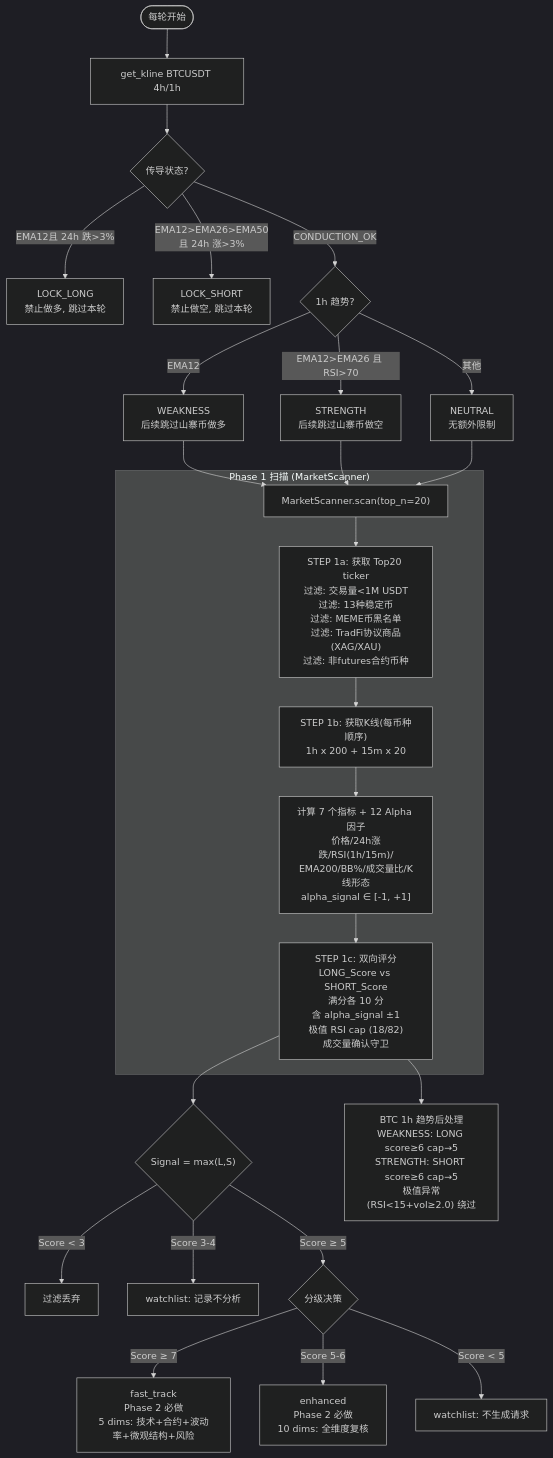
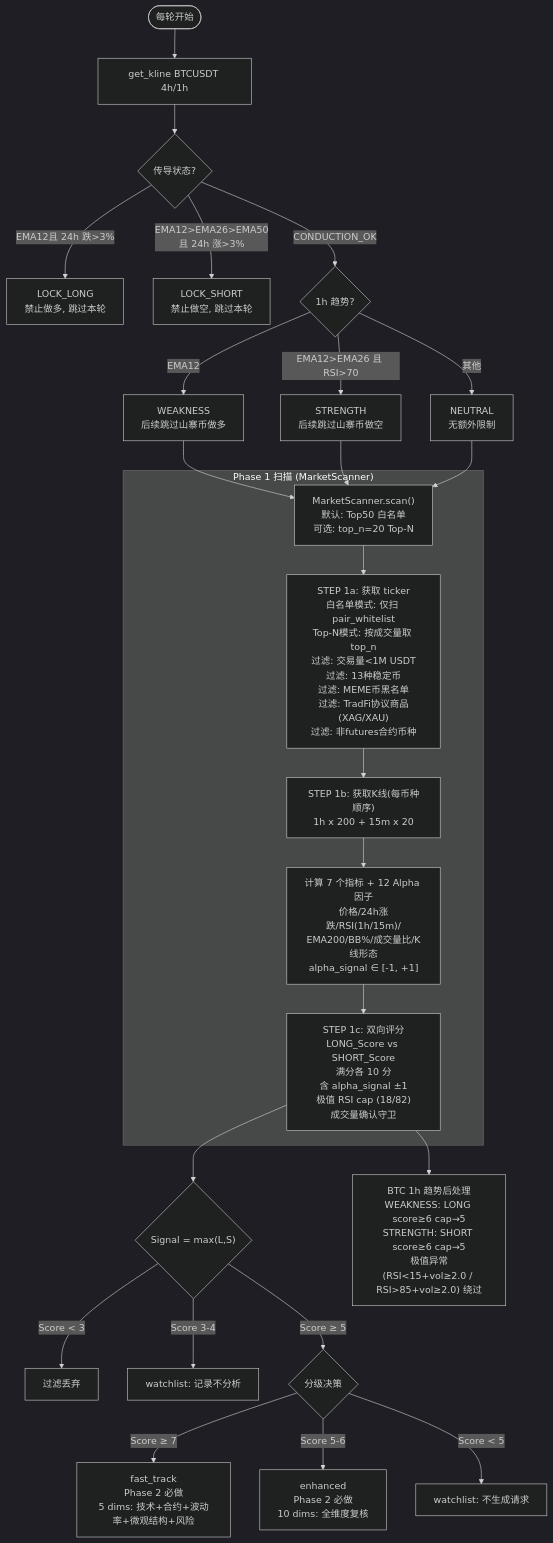
The second of 5 diagrams in docs/auto-trading-plan.md (zihpzhong/Vibe-Trading), drawn with Mermaid (dark theme) before and after one commit. The commit also changed other lines of this file, not shown here.

First line of the commit message:
docs[ext]: align auto-trading-plan with Top50 whitelist and SQLite

````diff
--- a/docs/auto-trading-plan.md
+++ b/docs/auto-trading-plan.md
@@ -77,35 +83,35 @@
 ```mermaid
 flowchart TD
     START(["每轮开始"]) --> BTC[get_kline BTCUSDT 4h/1h]
     BTC --> COND{传导状态?}
 
     COND -->|EMA12<EMA26<EMA50<br>且 24h 跌>3%| LOCK_LONG[LOCK_LONG<br>禁止做多, 跳过本轮]
     COND -->|EMA12>EMA26>EMA50<br>且 24h 涨>3%| LOCK_SHORT[LOCK_SHORT<br>禁止做空, 跳过本轮]
     COND -->|CONDUCTION_OK| TREND{1h 趋势?}
 
     TREND -->|EMA12<EMA26| WEAK[WEAKNESS<br>后续跳过山寨币做多]
     TREND -->|EMA12>EMA26 且 RSI>70| STRONG[STRENGTH<br>后续跳过山寨币做空]
     TREND -->|其他| NEUTRAL[NEUTRAL<br>无额外限制]
 
     WEAK --> SCAN
     STRONG --> SCAN
     NEUTRAL --> SCAN
 
     subgraph PHASE1["Phase 1 扫描 (MarketScanner)"]
-        SCAN["MarketScanner.scan(top_n=20)"] --> TICKER["STEP 1a: 获取 Top20 ticker<br>过滤: 交易量<1M USDT<br>过滤: 13种稳定币<br>过滤: MEME币黑名单<br>过滤: TradFi协议商品(XAG/XAU)<br>过滤: 非futures合约币种"]
+        SCAN["MarketScanner.scan()<br>默认: Top50 白名单<br>可选: top_n=20 Top-N"] --> TICKER["STEP 1a: 获取 ticker<br>白名单模式: 仅扫 pair_whitelist<br>Top-N模式: 按成交量取 top_n<br>过滤: 交易量<1M USDT<br>过滤: 13种稳定币<br>过滤: MEME币黑名单<br>过滤: TradFi协议商品(XAG/XAU)<br>过滤: 非futures合约币种"]
         TICKER --> KLINE["STEP 1b: 获取K线(每币种顺序)<br>1h x 200 + 15m x 20"]
         KLINE --> INDICATORS["计算 7 个指标 + 12 Alpha 因子<br>价格/24h涨跌/RSI(1h/15m)/<br>EMA200/BB%/成交量比/K线形态<br>alpha_signal ∈ [-1, +1]"]
         INDICATORS --> SCORE["STEP 1c: 双向评分<br>LONG_Score vs SHORT_Score<br>满分各 10 分<br>含 alpha_signal ±1<br>极值 RSI cap (18/82)<br>成交量确认守卫"]
     end
 
     SCORE --> RANK{"Signal = max(L,S)"}
     RANK -->|Score < 3| FILTER[过滤丢弃]
     RANK -->|Score 3-4| WATCH[watchlist: 记录不分析]
     RANK -->|Score ≥ 5| TIER{分级决策}
 
     TIER -->|Score ≥ 7| FAST[fast_track<br>Phase 2 必做<br>5 dims: 技术+合约+波动率+微观结构+风险]
     TIER -->|Score 5-6| ENHANCED[enhanced<br>Phase 2 必做<br>10 dims: 全维度复核]
     TIER -->|Score < 5| END[watchlist: 不生成请求]
 
-    SCORE --> BTC_CAP["BTC 1h 趋势后处理<br>WEAKNESS: LONG score≥6 cap→5<br>STRENGTH: SHORT score≥6 cap→5<br>极值异常(RSI<15+vol≥2.0) 绕过"]
+    SCORE --> BTC_CAP["BTC 1h 趋势后处理<br>WEAKNESS: LONG score≥6 cap→5<br>STRENGTH: SHORT score≥6 cap→5<br>极值异常(RSI<15+vol≥2.0 / RSI>85+vol≥2.0) 绕过"]
 ```
````
